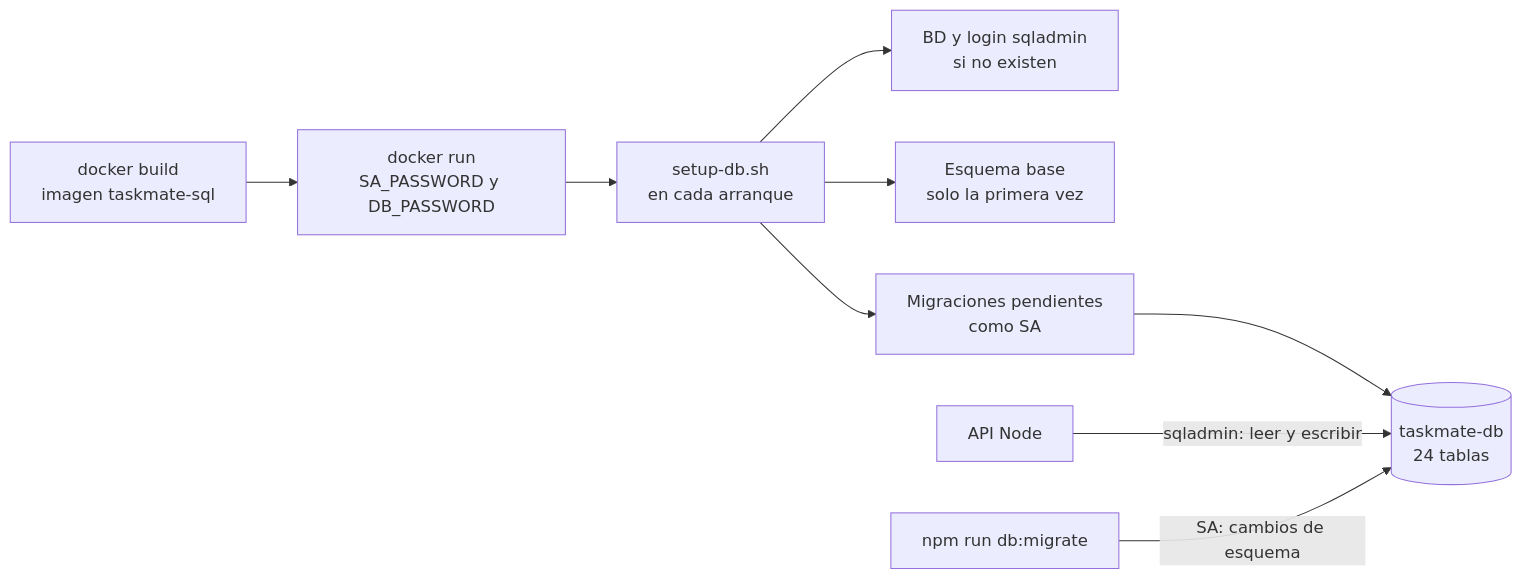
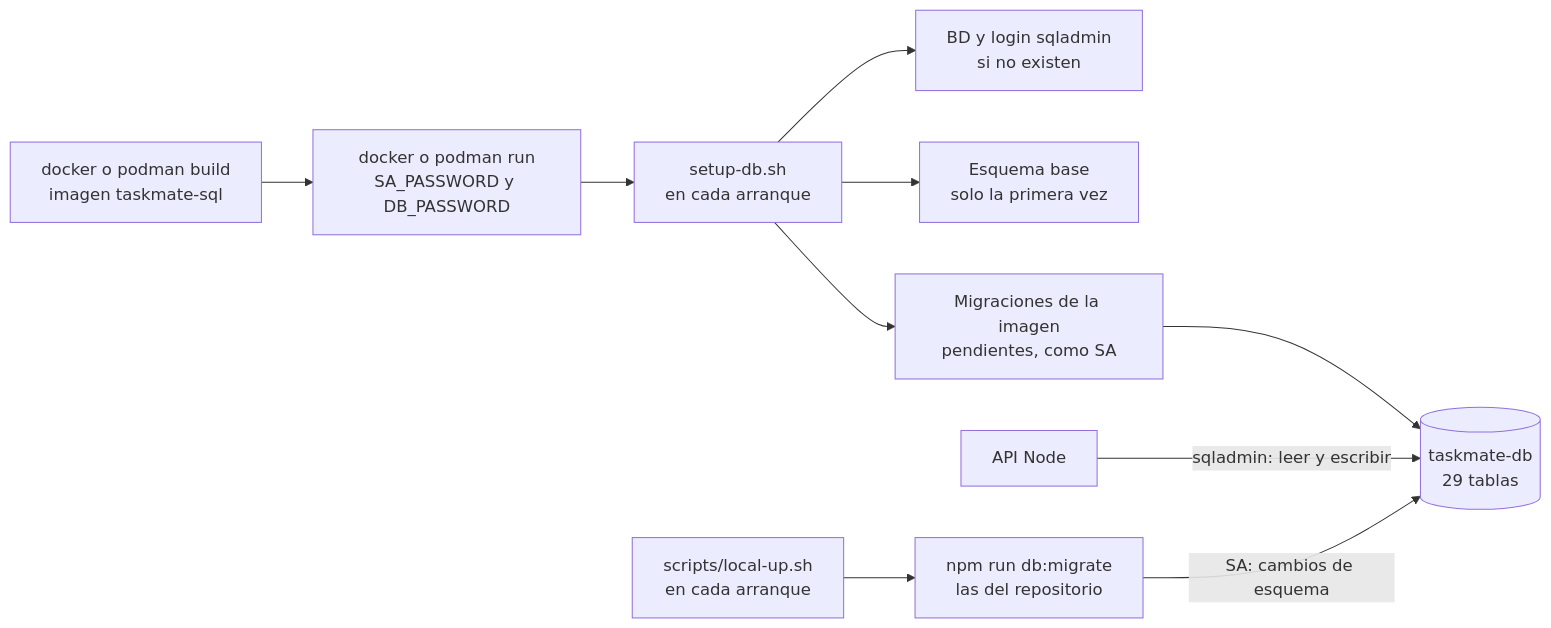
The diagram in documentacion/07-guias/base-de-datos-docker.md (PabloP150/proyecto-is-cc6), drawn with Mermaid before and after one commit. The commit also changed other lines of this file and 204 other files, not shown here.

First line of the commit message:
docs: update all documentation, diagrams and PNGs to the test/e2e state

````diff
--- a/documentacion/07-guias/base-de-datos-docker.md
+++ b/documentacion/07-guias/base-de-datos-docker.md
@@ -12,11 +14,12 @@
 ```mermaid
 flowchart LR
-    B["docker build<br/>imagen taskmate-sql"] --> R["docker run<br/>SA_PASSWORD y DB_PASSWORD"]
+    B["docker o podman build<br/>imagen taskmate-sql"] --> R["docker o podman run<br/>SA_PASSWORD y DB_PASSWORD"]
     R --> S["setup-db.sh<br/>en cada arranque"]
     S --> D1["BD y login sqladmin<br/>si no existen"]
     S --> D2["Esquema base<br/>solo la primera vez"]
-    S --> D3["Migraciones pendientes<br/>como SA"]
-    D3 --> T[("taskmate-db<br/>24 tablas")]
+    S --> D3["Migraciones de la imagen<br/>pendientes, como SA"]
+    D3 --> T[("taskmate-db<br/>29 tablas")]
     API["API Node"] -->|"sqladmin: leer y escribir"| T
-    MIG["npm run db:migrate"] -->|"SA: cambios de esquema"| T
+    LU["scripts/local-up.sh<br/>en cada arranque"] --> MIG
+    MIG["npm run db:migrate<br/>las del repositorio"] -->|"SA: cambios de esquema"| T
 ```
````
